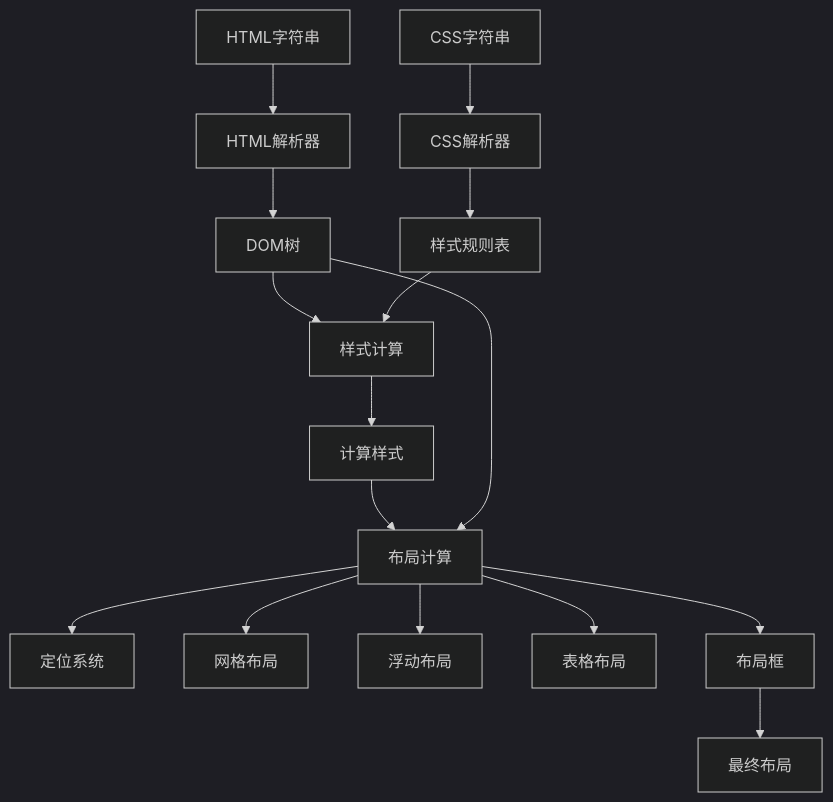
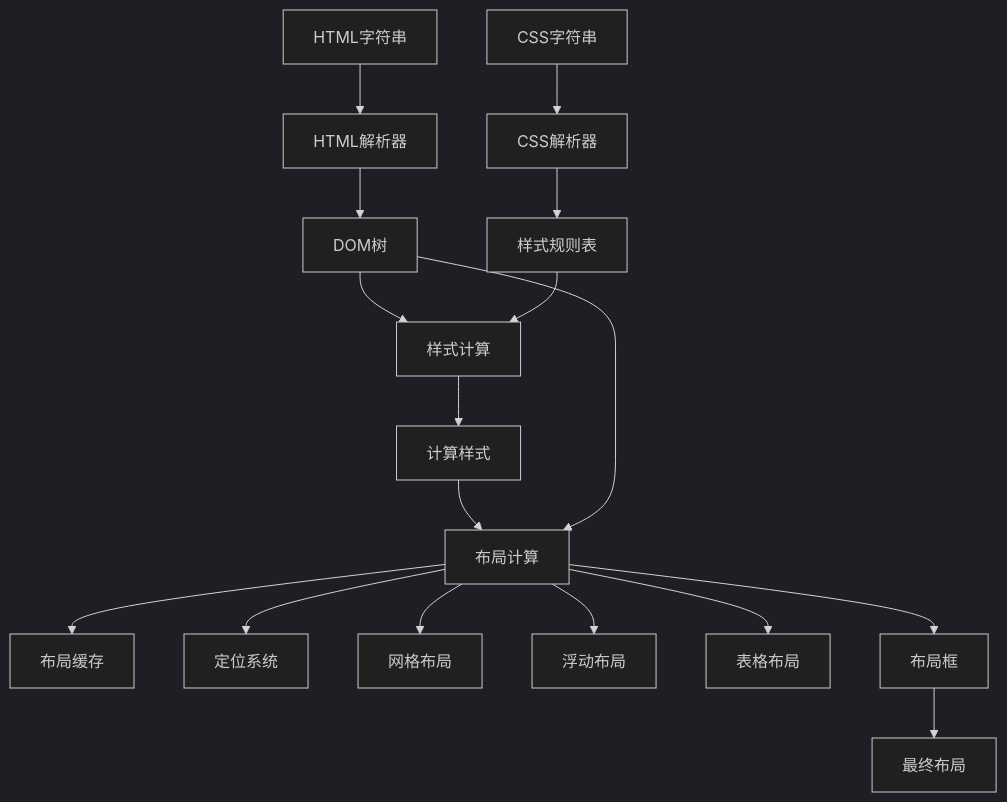
The third of 20 diagrams in .qoder/repowiki/zh/content/技术架构详解/布局样式系统/iris-layout布局引擎/iris-layout布局引擎.md (itszzl-sudo/iris), drawn with Mermaid (dark theme) before and after one commit. The commit also changed other lines of this file and 8 other files, not shown here.

````diff
--- a/.qoder/repowiki/zh/content/技术架构详解/布局样式系统/iris-layout布局引擎/iris-layout布局引擎.md
+++ b/.qoder/repowiki/zh/content/技术架构详解/布局样式系统/iris-layout布局引擎/iris-layout布局引擎.md
@@ -203,18 +207,19 @@
 ```mermaid
 flowchart TD
 A[HTML字符串] --> B[HTML解析器]
 B --> C[DOM树]
 D[CSS字符串] --> E[CSS解析器]
 E --> F[样式规则表]
 C --> G[样式计算]
 F --> G
 G --> H[计算样式]
 H --> I[布局计算]
-I --> J[定位系统]
-I --> K[网格布局]
-I --> L[浮动布局]
-I --> M[表格布局]
+I --> J[布局缓存]
+I --> K[定位系统]
+I --> L[网格布局]
+I --> M[浮动布局]
+I --> N[表格布局]
 C --> I
-I --> N[布局框]
-N --> O[最终布局]
+I --> O[布局框]
+O --> P[最终布局]
 ```
````
